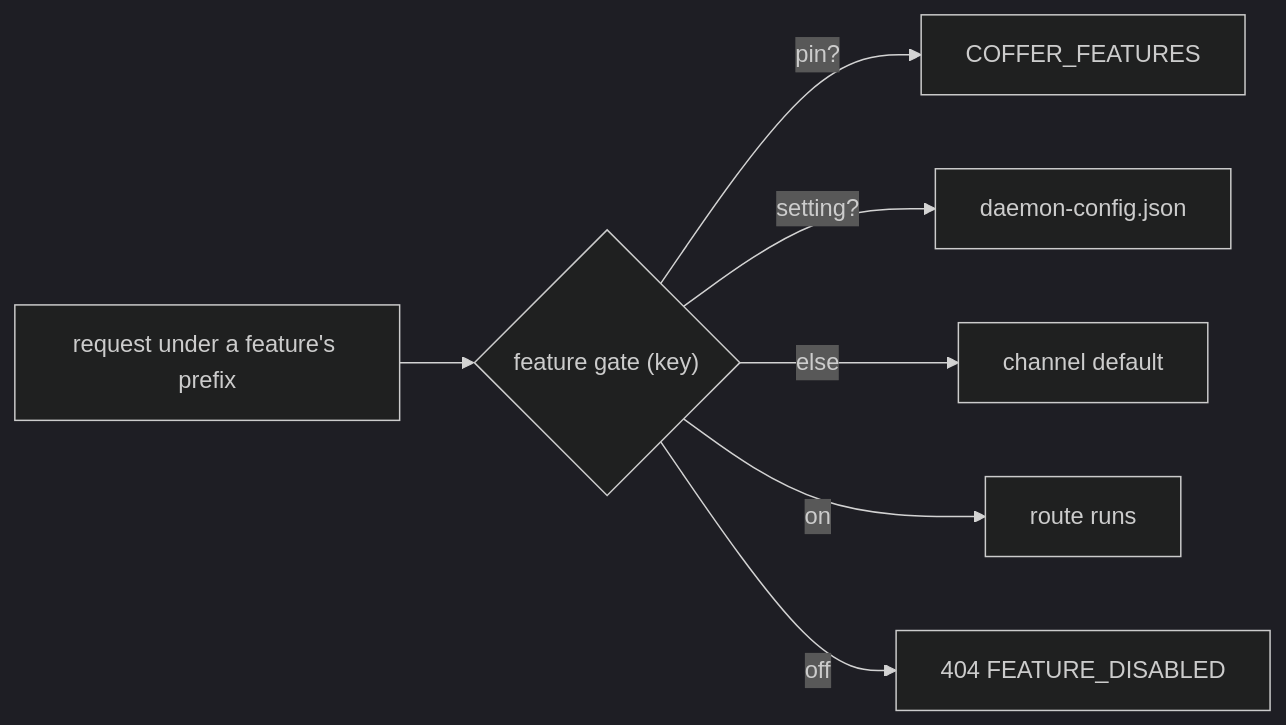
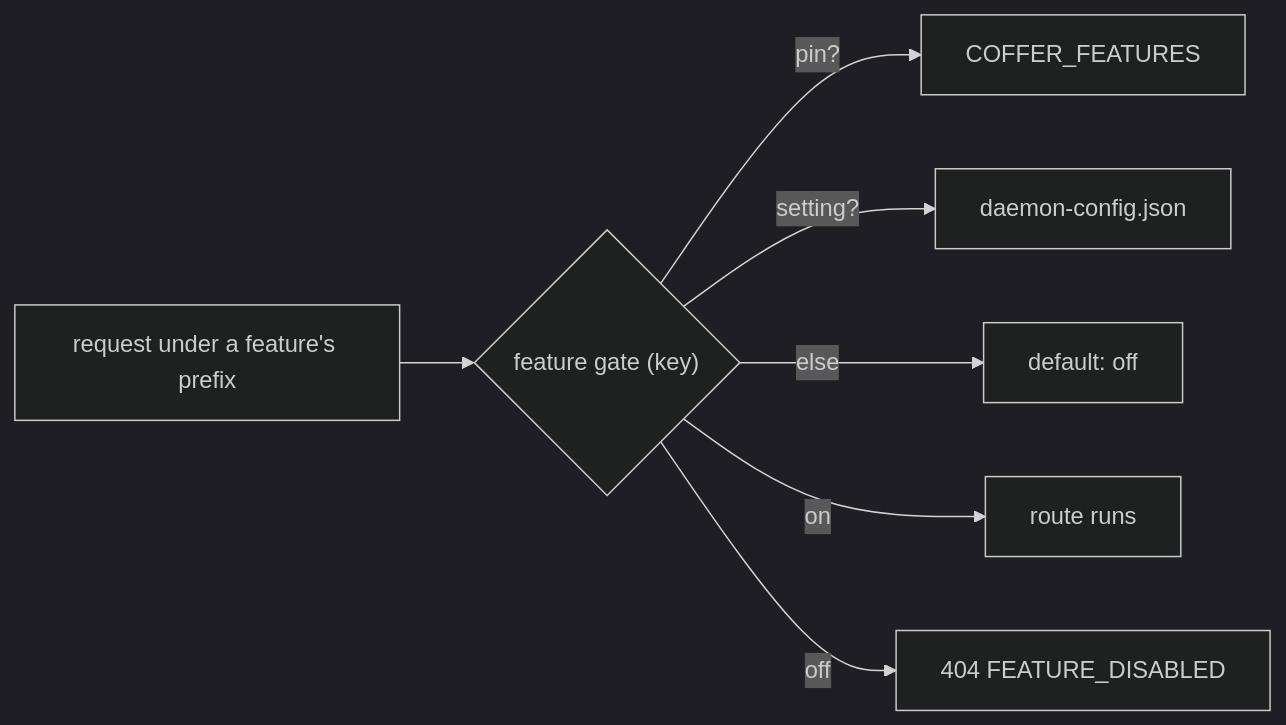
The third of 4 diagrams in docs-site/architecture/distribution.md (wyx-sg/Coffer), drawn with Mermaid (dark theme) before and after one commit. The commit also changed other lines of this file and 1487 other files, not shown here.

````diff
--- a/docs-site/architecture/distribution.md
+++ b/docs-site/architecture/distribution.md
@@ -181,9 +188,9 @@
 ```mermaid
 flowchart LR
     Q["request under a feature's prefix"] --> G{"feature gate (key)"}
     G -->|pin?| P["COFFER_FEATURES"]
     G -->|setting?| S["daemon-config.json"]
-    G -->|else| C["channel default"]
+    G -->|else| C["default: off"]
     G -->|on| R["route runs"]
     G -->|off| X["404 FEATURE_DISABLED"]
 ```
````
